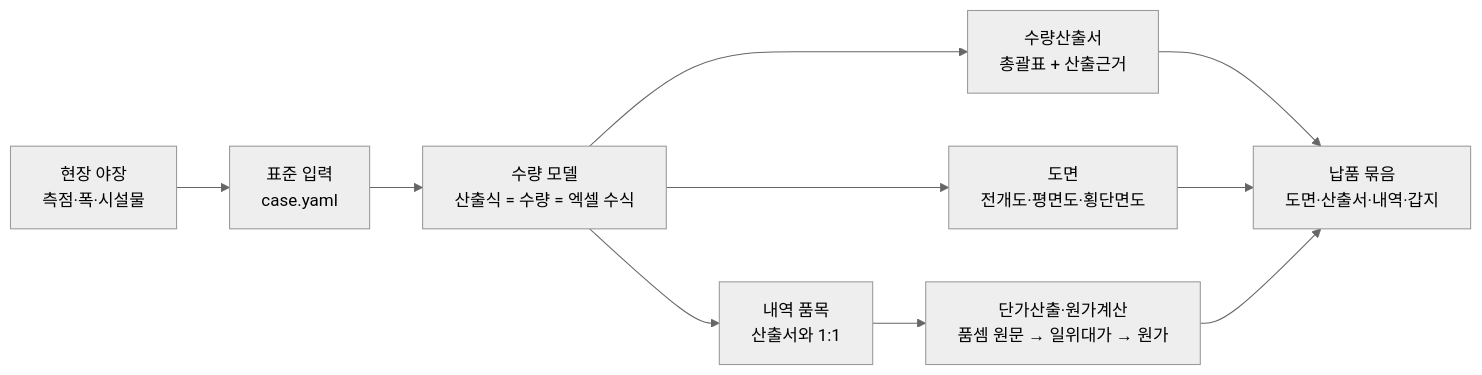
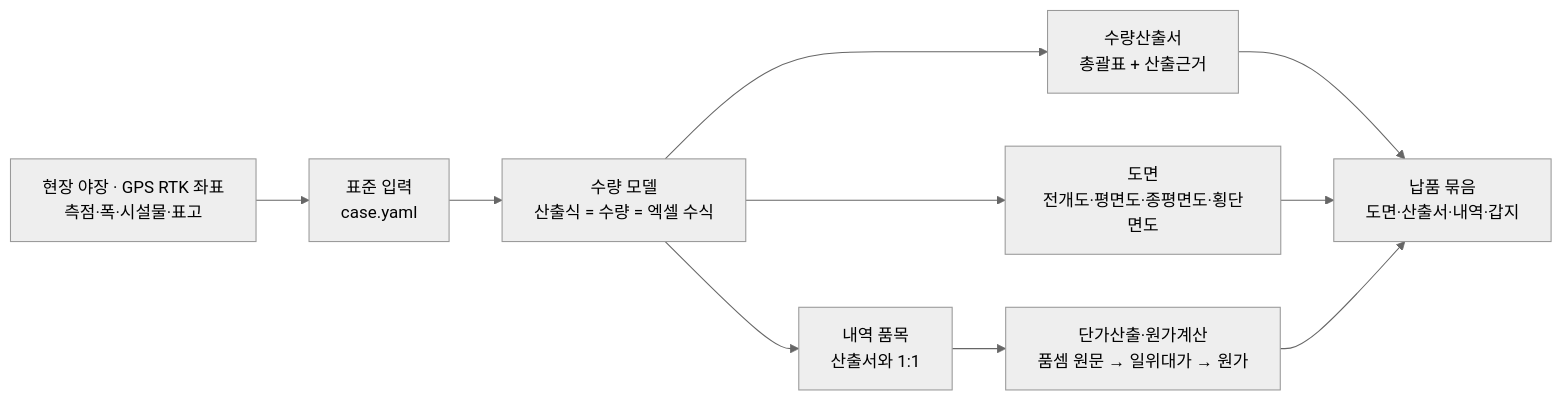
The diagram in README.md (lsh573928-rgb/sangju-estimate-public), drawn with Mermaid (neutral theme) before and after one commit. The commit also changed other lines of this file and 3 other files, not shown here.

Commit message:
공개판: 10월에 더한 기능 글·배수로 종평면도 샘플(가상 RTK 좌표)·시험 수 갱신

````diff
--- a/README.md
+++ b/README.md
@@ -31,12 +32,12 @@
 ```mermaid
 flowchart LR
-  A["현장 야장<br/>측점·폭·시설물"] --> B["표준 입력<br/>case.yaml"]
+  A["현장 야장 · GPS RTK 좌표<br/>측점·폭·시설물·표고"] --> B["표준 입력<br/>case.yaml"]
   B --> C["수량 모델<br/>산출식 = 수량 = 엑셀 수식"]
   C --> D["수량산출서<br/>총괄표 + 산출근거"]
-  C --> E["도면<br/>전개도·평면도·횡단면도"]
+  C --> E["도면<br/>전개도·평면도·종평면도·횡단면도"]
   C --> F["내역 품목<br/>산출서와 1:1"]
   F --> G["단가산출·원가계산<br/>품셈 원문 → 일위대가 → 원가"]
   D --> H["납품 묶음<br/>도면·산출서·내역·갑지"]
   E --> H
   G --> H
 ```
````
